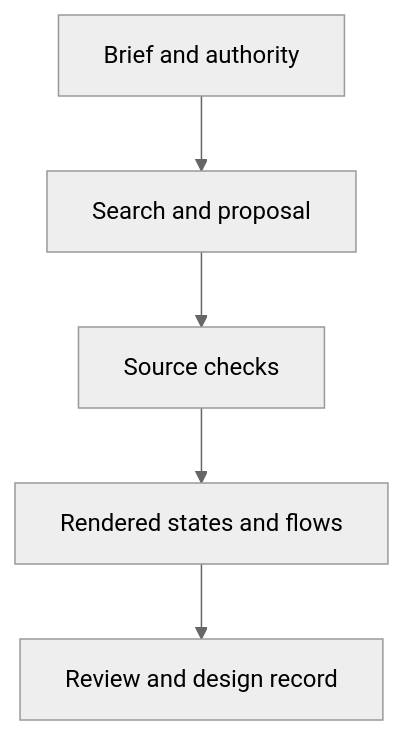
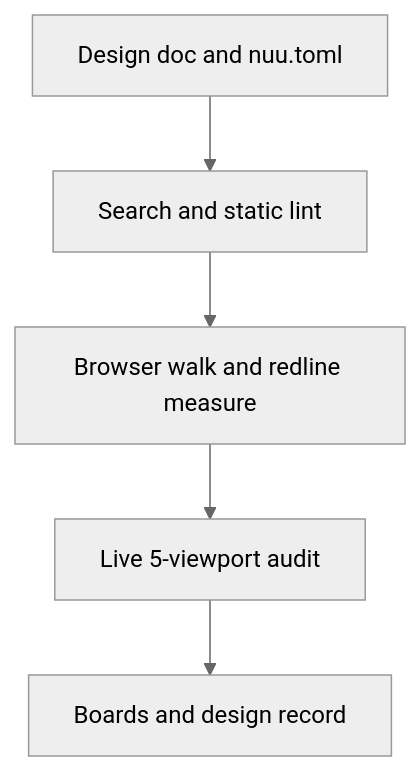
The diagram in docs/nuu/README.md (nemoe7/clankers), drawn with Mermaid (neutral theme) before and after one commit. The commit also changed other lines of this file and 32 other files, not shown here.

Commit message:
docs(nuu): update 0.2.0 references, clauses, and design template

````diff
--- a/docs/nuu/README.md
+++ b/docs/nuu/README.md
@@ -73,7 +38,7 @@
 ```mermaid
 flowchart TB
-  B[Brief and authority] --> S[Search and proposal]
-  S --> C[Source checks]
-  C --> R[Rendered states and flows]
-  R --> D[Review and design record]
+  B[Design doc and nuu.toml] --> S[Search and static lint]
+  S --> W[Browser walk and redline measure]
+  W --> A[Live 5-viewport audit]
+  A --> D[Boards and design record]
 ```
````
